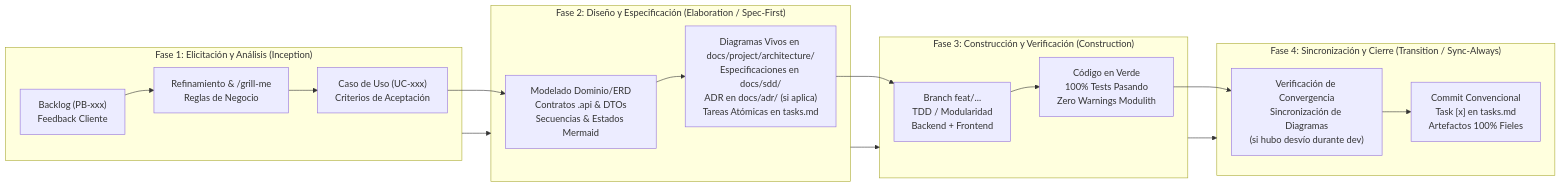
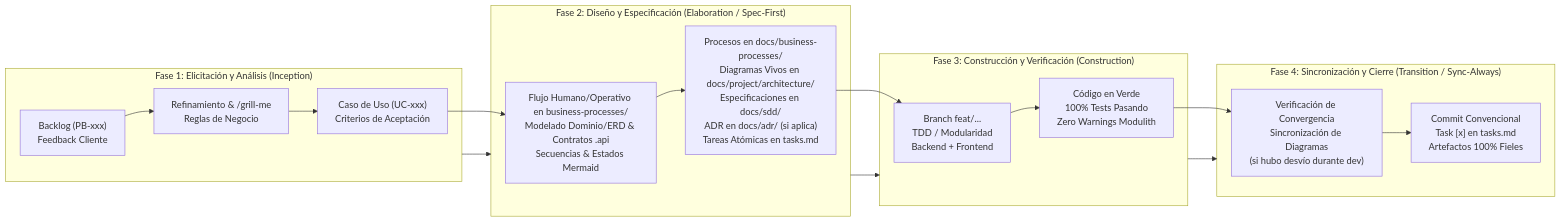
Before and after one commit to vakajose/gestion-restaurante: the diagram in docs/adr/0007_sdd_software_development_lifecycle.md, drawn with Mermaid. The commit also changed other lines of this file and 6 other files, not shown here.

Commit message:
docs(business-processes): reorganizar procesos por áreas operativas y formalizar gobernanza en ADR-0007

````diff
--- a/docs/adr/0007_sdd_software_development_lifecycle.md
+++ b/docs/adr/0007_sdd_software_development_lifecycle.md
@@ -43,24 +43,24 @@
 ```mermaid
 flowchart LR
     subgraph F1["Fase 1: Elicitación y Análisis (Inception)"]
         In1["Backlog (PB-xxx)<br/>Feedback Cliente"] --> Act1["Refinamiento & /grill-me<br/>Reglas de Negocio"]
         Act1 --> Out1["Caso de Uso (UC-xxx)<br/>Criterios de Aceptación"]
     end
 
     subgraph F2["Fase 2: Diseño y Especificación (Elaboration / Spec-First)"]
-        Out1 --> Act2["Modelado Dominio/ERD<br/>Contratos .api & DTOs<br/>Secuencias & Estados Mermaid"]
-        Act2 --> Out2["Diagramas Vivos en docs/project/architecture/<br/>Especificaciones en docs/sdd/<br/>ADR en docs/adr/ (si aplica)<br/>Tareas Atómicas en tasks.md"]
+        Out1 --> Act2["Flujo Humano/Operativo en business-processes/<br/>Modelado Dominio/ERD & Contratos .api<br/>Secuencias & Estados Mermaid"]
+        Act2 --> Out2["Procesos en docs/business-processes/<br/>Diagramas Vivos en docs/project/architecture/<br/>Especificaciones en docs/sdd/<br/>ADR en docs/adr/ (si aplica)<br/>Tareas Atómicas en tasks.md"]
     end
 
     subgraph F3["Fase 3: Construcción y Verificación (Construction)"]
         Out2 --> Act3["Branch feat/...<br/>TDD / Modularidad<br/>Backend + Frontend"]
         Act3 --> Out3["Código en Verde<br/>100% Tests Pasando<br/>Zero Warnings Modulith"]
     end
 
     subgraph F4["Fase 4: Sincronización y Cierre (Transition / Sync-Always)"]
         Out3 --> Act4["Verificación de Convergencia<br/>Sincronización de Diagramas<br/>(si hubo desvío durante dev)"]
         Act4 --> Out4["Commit Convencional<br/>Task [x] en tasks.md<br/>Artefactos 100% Fieles"]
     end
 
     F1 --> F2 --> F3 --> F4
 ```
````
